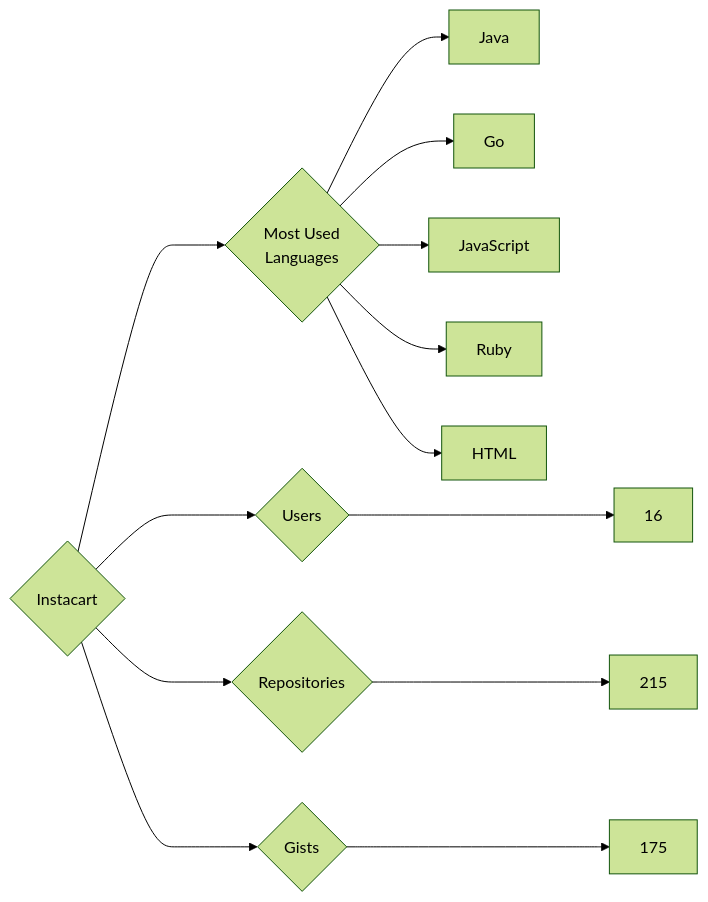
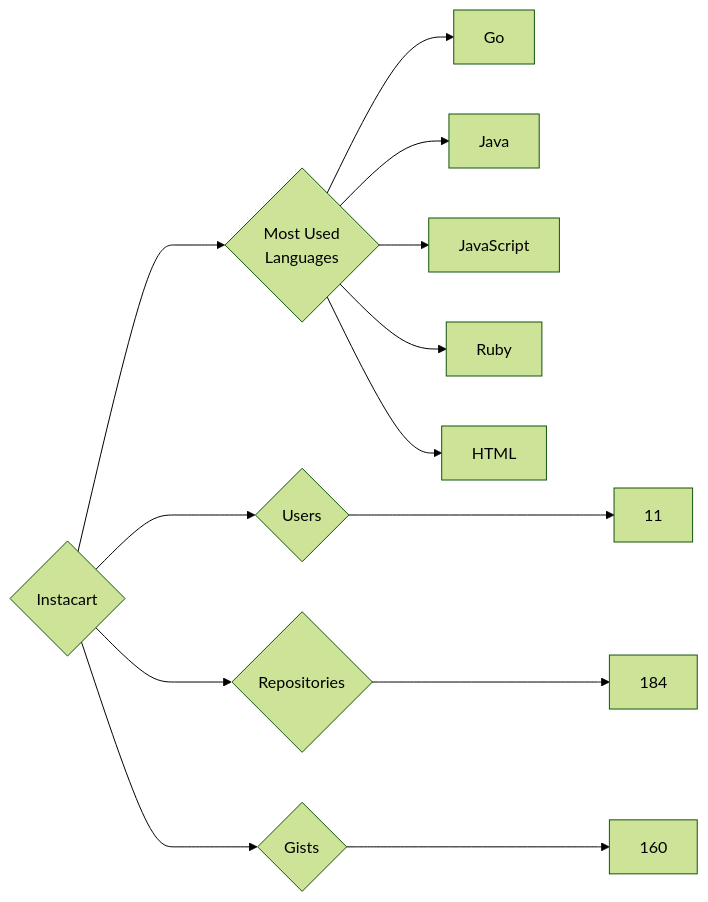
Before and after one commit to trickest/insiders: the diagram in targets/Instacart/README.md, drawn with Mermaid (forest theme). The commit also changed 693 other files, not shown here.

````diff
--- a/targets/Instacart/README.md
+++ b/targets/Instacart/README.md
@@ -3,13 +3,13 @@
 ```mermaid
 graph LR
 COMPANY_NAME{Instacart}
-COMPANY_NAME ---> U{Users} ---> UN[16]
-COMPANY_NAME ---> R{Repositories} ---> RN[215]
-COMPANY_NAME ---> G{Gists} ---> GN[175]
+COMPANY_NAME ---> U{Users} ---> UN[11]
+COMPANY_NAME ---> R{Repositories} ---> RN[184]
+COMPANY_NAME ---> G{Gists} ---> GN[160]
 COMPANY_NAME ---> ML{Most Used<br>Languages}
+ML --> Go[Go]
 ML --> Java[Java]
-ML --> Go[Go]
 ML --> JavaScript[JavaScript]
 ML --> Ruby[Ruby]
 ML --> HTML[HTML]
 ```
````
